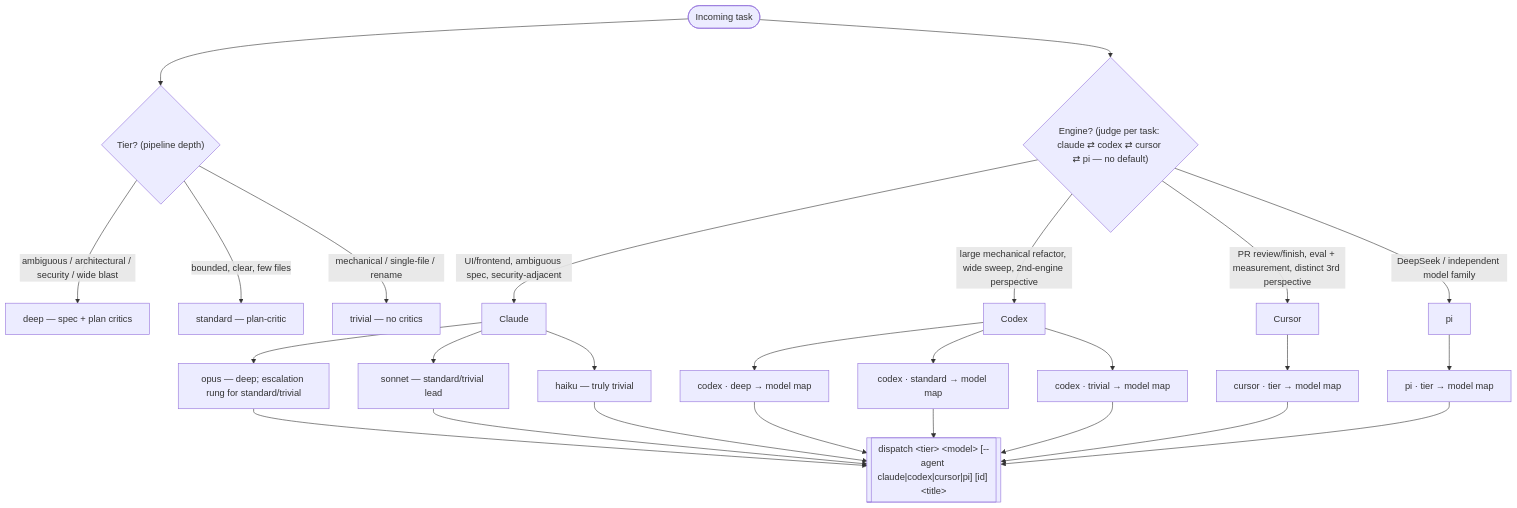
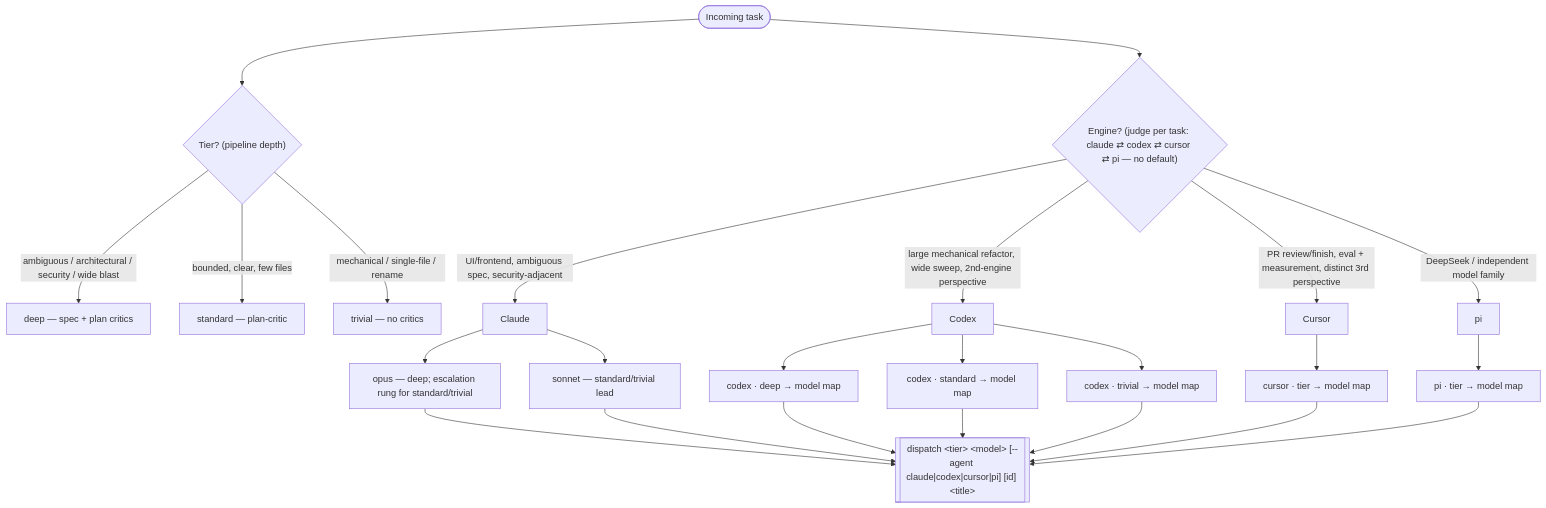
One commit to noamsto/dispatcher changed the diagram in adapters/codex/plugin/protocols/dispatch-orchestration.md. Above: the diagram before and after it, drawn with Mermaid. The commit also changed other lines of this file and 13 other files, not shown here.

````diff
--- a/adapters/codex/plugin/protocols/dispatch-orchestration.md
+++ b/adapters/codex/plugin/protocols/dispatch-orchestration.md
@@ -5,32 +5,30 @@
 ```mermaid
 flowchart TD
     T(["Incoming task"]) --> TIER{"Tier? (pipeline depth)"}
     T --> ENG{"Engine? (judge per task: claude ⇄ codex ⇄ cursor ⇄ pi — no default)"}
 
     TIER -->|"ambiguous / architectural / security / wide blast"| DEEP["deep — spec + plan critics"]
     TIER -->|"bounded, clear, few files"| STD["standard — plan-critic"]
     TIER -->|"mechanical / single-file / rename"| TRIV["trivial — no critics"]
 
     ENG -->|"large mechanical refactor, wide sweep, 2nd-engine perspective"| CODEX["Codex"]
     ENG -->|"UI/frontend, ambiguous spec, security-adjacent"| CLAUDE["Claude"]
     ENG -->|"PR review/finish, eval + measurement, distinct 3rd perspective"| CURSOR["Cursor"]
     ENG -->|"DeepSeek / independent model family"| PI["pi"]
 
     CLAUDE --> OPUS["opus — deep; escalation rung for standard/trivial"]
     CLAUDE --> SONNET["sonnet — standard/trivial lead"]
-    CLAUDE --> HAIKU["haiku — truly trivial"]
     CODEX --> GH["codex · deep → model map"]
     CODEX --> GM["codex · standard → model map"]
     CODEX --> GL["codex · trivial → model map"]
     CURSOR --> CU["cursor · tier → model map"]
     PI --> PM["pi · tier → model map"]
 
     OPUS --> D[["dispatch &lt;tier&gt; &lt;model&gt; [--agent claude|codex|cursor|pi] [id] &lt;title&gt;"]]
     SONNET --> D
-    HAIKU --> D
     GH --> D
     GM --> D
     GL --> D
     CU --> D
     PM --> D
 ```
````
